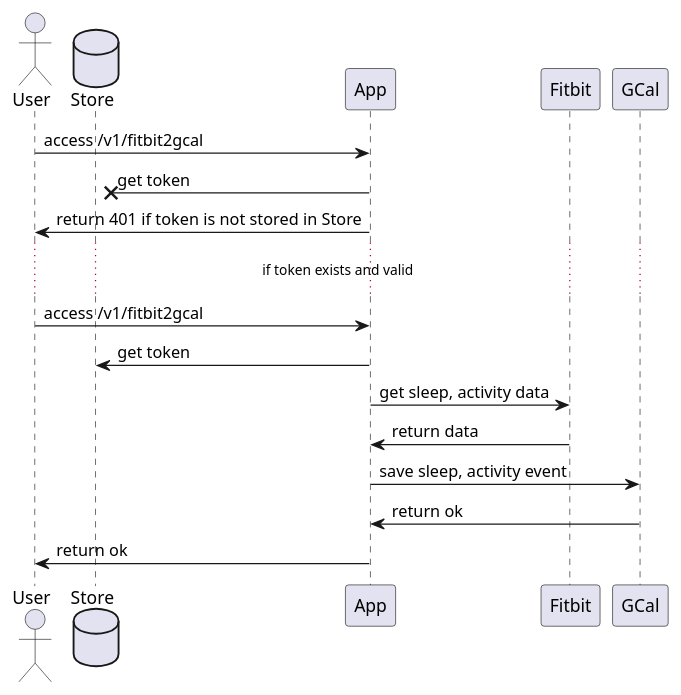
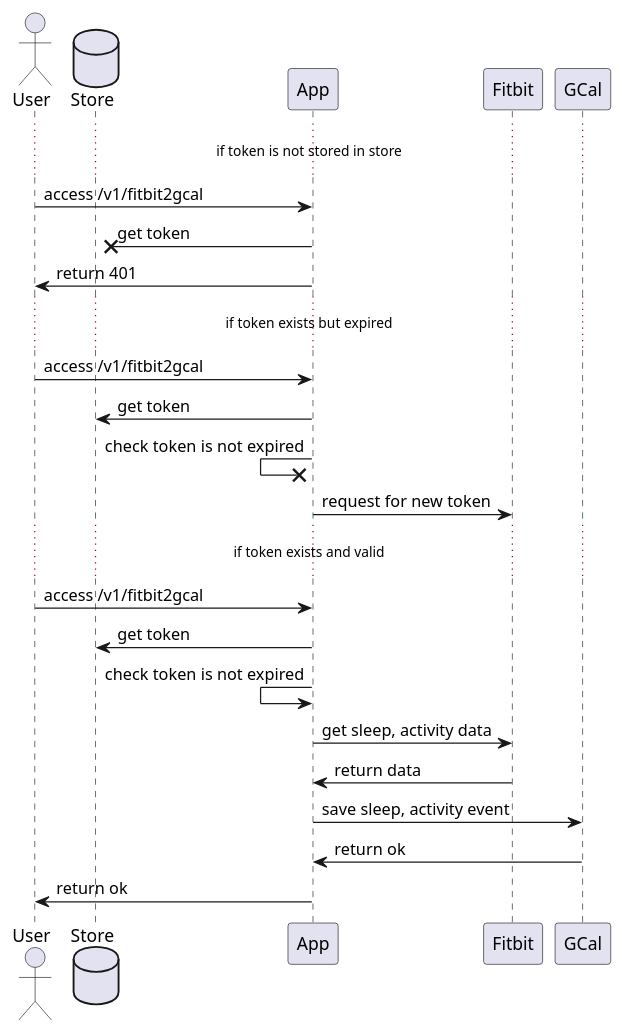
One commit to go-zen-chu/gae-fitbit-go changed the diagram in docs/get_fitbit_data_flow.pu. Above: the diagram before and after it, drawn with PlantUML. The commit also changed 40 other files, not shown here.

```diff
--- a/docs/get_fitbit_data_flow.pu
+++ b/docs/get_fitbit_data_flow.pu
@@ -1,19 +1,27 @@
 @startuml
 
 actor User
 database Store
 
+... if token is not stored in store ...
 User -> App : access /v1/fitbit2gcal
 App ->x Store : get token
-User <- App : return 401 if token is not stored in Store
+User <- App : return 401
+
+... if token exists but expired ...
+User -> App : access /v1/fitbit2gcal
+App -> Store : get token
+App x<- App : check token is not expired
+App -> Fitbit : request for new token
 
 ... if token exists and valid ...
 User -> App : access /v1/fitbit2gcal
 App -> Store : get token
+App <- App : check token is not expired
 App -> Fitbit : get sleep, activity data
 App <- Fitbit : return data
 App -> GCal : save sleep, activity event
 App <- GCal : return ok
 User <- App : return ok
 
 @enduml
```
